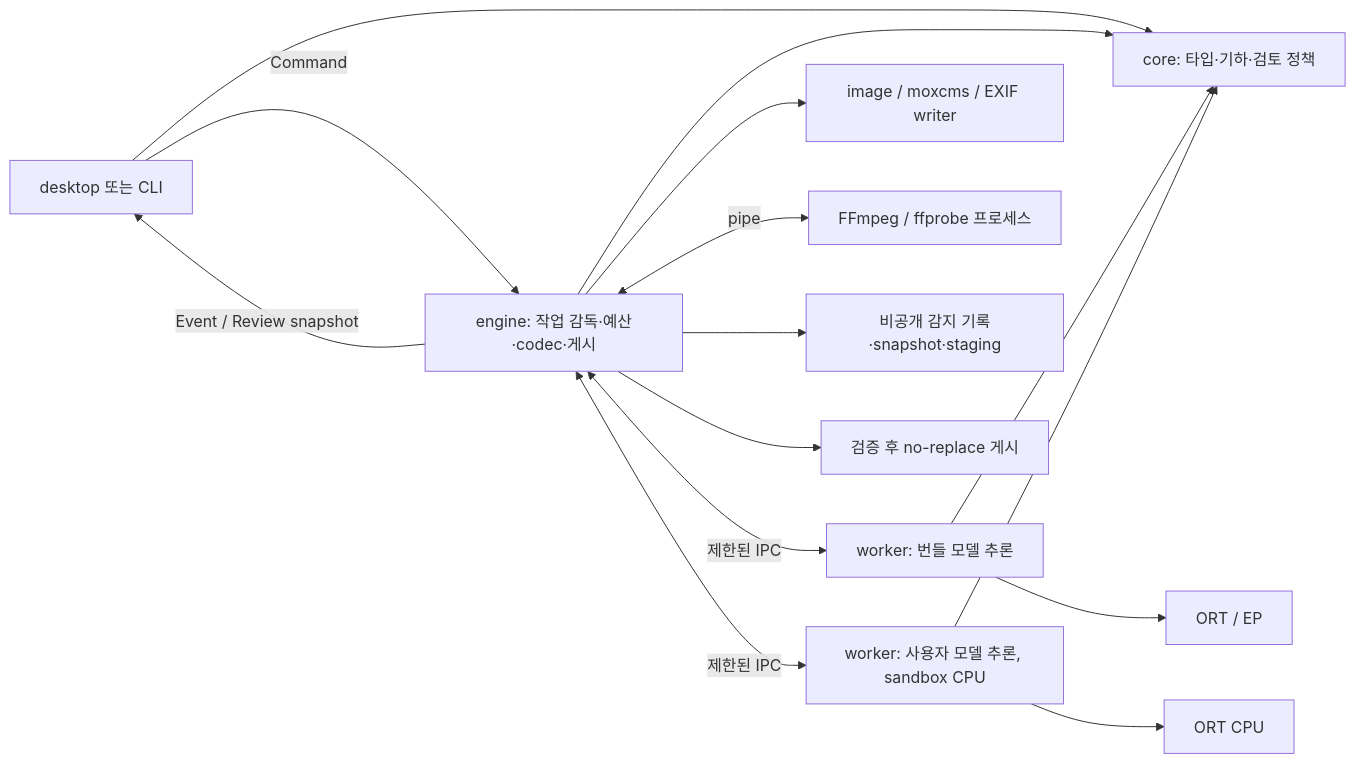
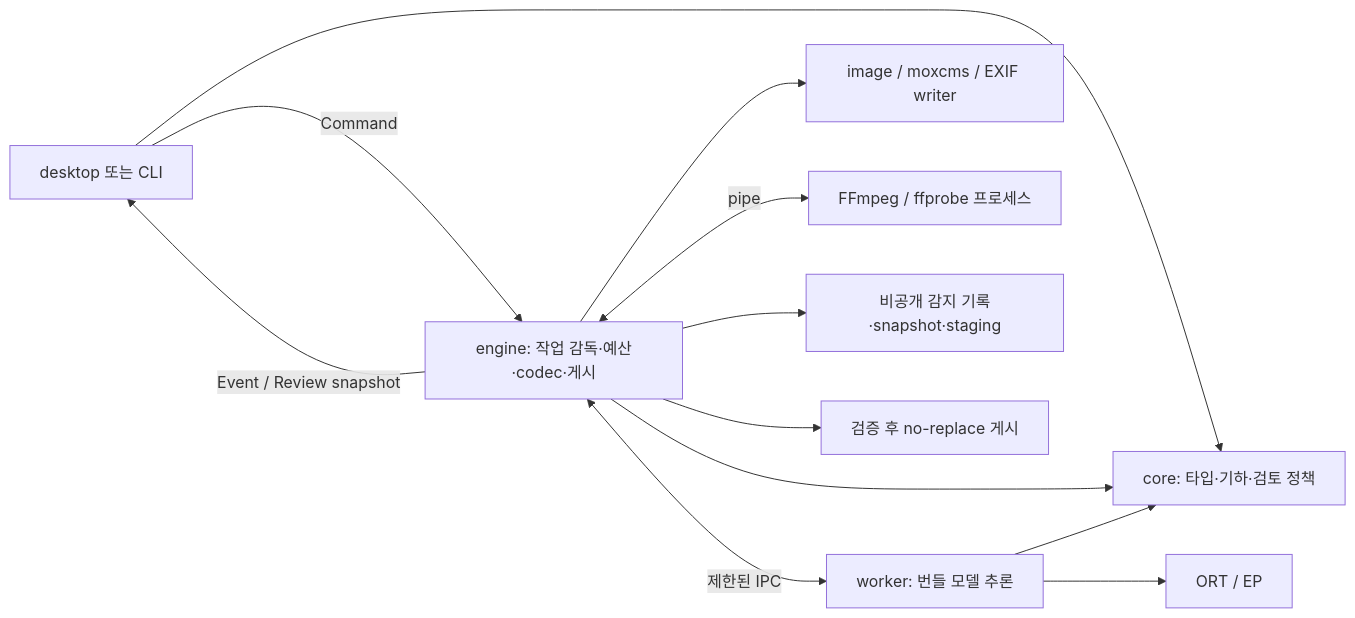
One commit to nyabi-gh/CloakFrame changed the second of 2 diagrams in docs/RUST_PORT_PLAN.md. Above: the diagram before and after it, drawn with Mermaid. The commit also changed other lines of this file, not shown here.

````diff
--- a/docs/RUST_PORT_PLAN.md
+++ b/docs/RUST_PORT_PLAN.md
@@ -230,17 +230,14 @@
 ```mermaid
 flowchart LR
     UI[desktop 또는 CLI] -->|Command| E[engine: 작업 감독·예산·codec·게시]
     E -->|Event / Review snapshot| UI
     UI --> C[core: 타입·기하·검토 정책]
     E --> C
     E <-->|제한된 IPC| W[worker: 번들 모델 추론]
-    E <-->|제한된 IPC| S[worker: 사용자 모델 추론, sandbox CPU]
     W --> C
-    S --> C
     W --> O[ORT / EP]
-    S --> OC[ORT CPU]
     E --> N[image / moxcms / EXIF writer]
     E <-->|pipe| F[FFmpeg / ffprobe 프로세스]
     E --> D[비공개 감지 기록·snapshot·staging]
     E --> P[검증 후 no-replace 게시]
 ```
````
